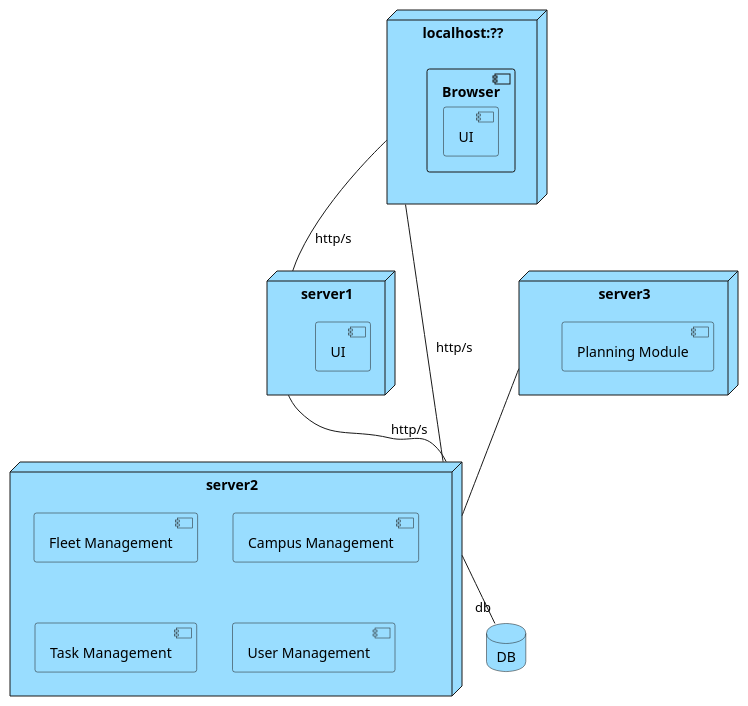
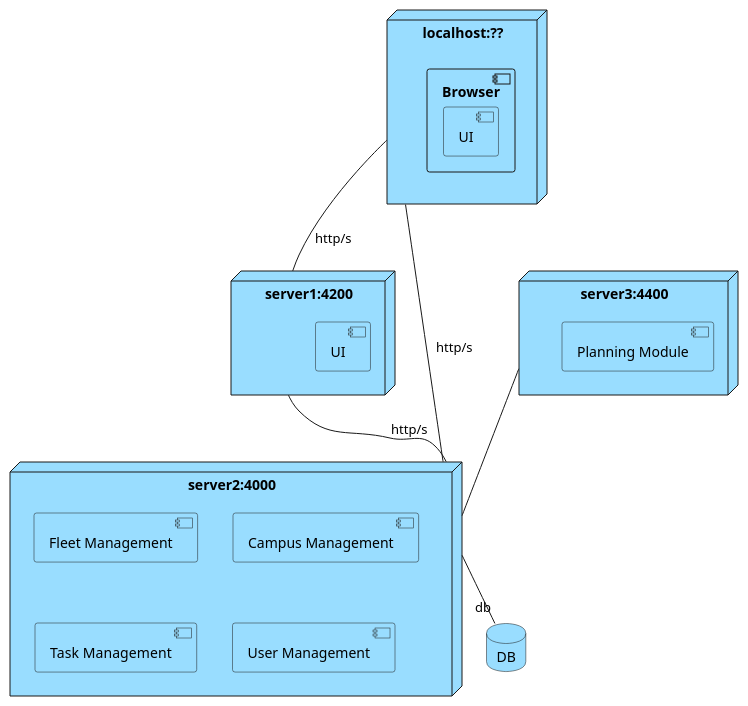
Before and after one commit to winqus/RobDroneGo: the diagram in docs/Sprint B diagrams/Deployment View.puml, drawn with PlantUML.

Commit message:
add port to depoyment view

```diff
--- a/docs/Sprint B diagrams/Deployment View.puml
+++ b/docs/Sprint B diagrams/Deployment View.puml
@@ -1,44 +1,44 @@
 @startuml Physical View
 
 <style>
 node {
     BackgroundColor #99ddff
 }
 component {
     BackgroundColor #99ddff
 }
 database {
     BackgroundColor #99ddff
 }
 </style>
 
 node "localhost:??" as local {
     component Browser{
         component UI as ui
     }
 }
 
-node server1{
+node "server1:4200" as server1{
     component UI
 }
 
-node server2{
+node "server2:4000" as server2{
     component "Fleet Management" as fleet
     component "Campus Management" as campus
     component "Task Management" as task
     component "User Management" as user
 }
 
-node server3{
+node "server3:4400" as server3{
     component "Planning Module" as planning
 }
 
 database DB
 
 local --  server1 : http/s
 local -- server2 : http/s
 server1 -- server2 : http/s
 server2 -- "db" DB
 server3 -- server2
 
 @enduml
```
